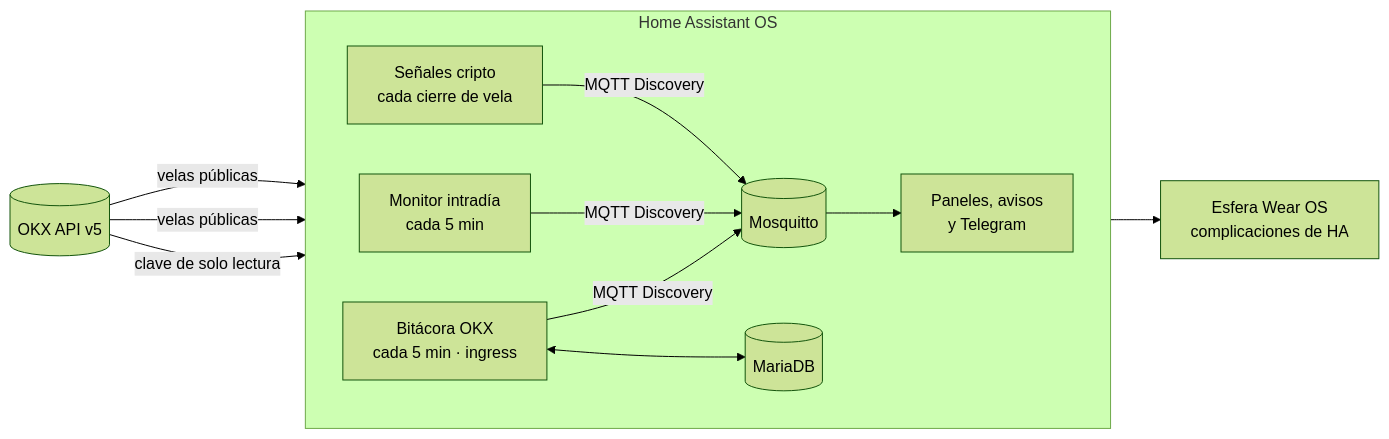
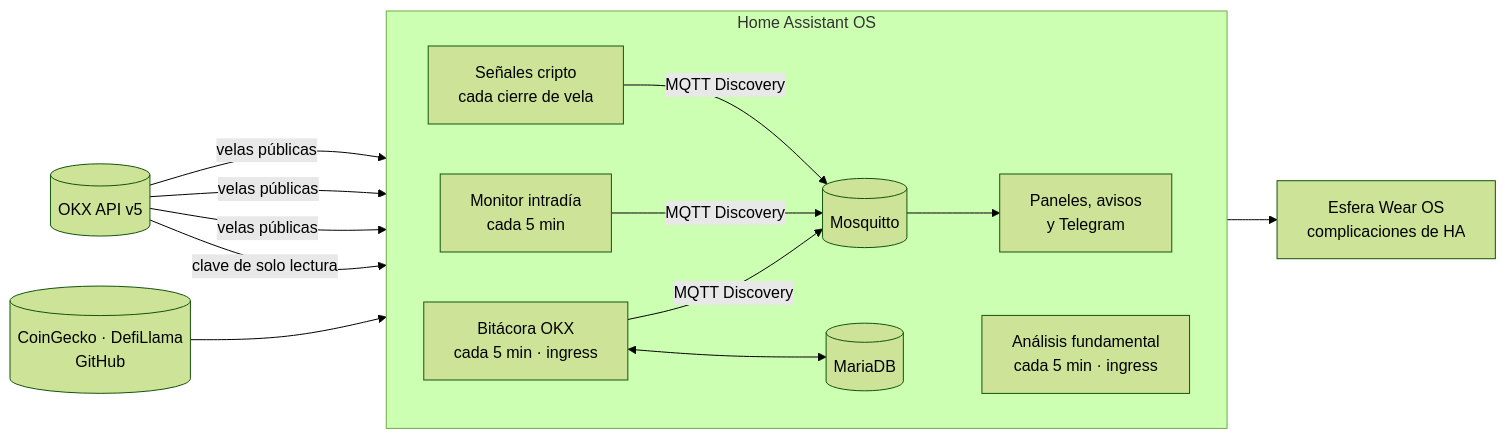
Before and after one commit to jmanera/ha-trading-helper: the diagram in README.md, drawn with Mermaid (forest theme). The commit also changed other lines of this file and 28 other files, not shown here.

First line of the commit message:
Add a fundamental analysis app for the OKX crypto/USDC pairs

````diff
--- a/README.md
+++ b/README.md
@@ -121,19 +129,21 @@
 ```mermaid
 flowchart LR
     OKX[(OKX API v5)]
     subgraph HA[Home Assistant OS]
         direction LR
         S[Señales cripto<br/>cada cierre de vela]
         I[Monitor intradía<br/>cada 5 min]
         J[Bitácora OKX<br/>cada 5 min · ingress]
+        F[Análisis fundamental<br/>cada 5 min · ingress]
         M[(Mosquitto)]
         D[(MariaDB)]
         UI[Paneles, avisos<br/>y Telegram]
     end
     W[Esfera Wear OS<br/>complicaciones de HA]
-    OKX -- velas públicas --> S & I
+    OKX -- velas públicas --> S & I & F
+    APIs[(CoinGecko · DefiLlama<br/>GitHub)] --> F
     OKX -- clave de solo lectura --> J
     S & I & J -- MQTT Discovery --> M --> UI
     J <--> D
     UI --> W
 ```
````
